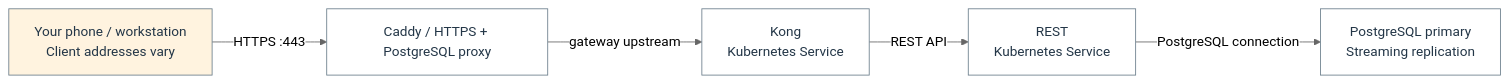
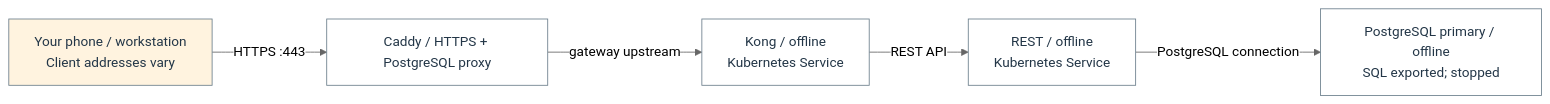
Diagram 13 of 22 in docs/architecture/homelab-mermaid.md (Harsh-2002/Homelab), drawn with Mermaid (neutral theme) before and after one commit. The commit also changed other lines of this file and 77 other files, not shown here.

````diff
--- a/docs/architecture/homelab-mermaid.md
+++ b/docs/architecture/homelab-mermaid.md
@@ -467,16 +473,16 @@
 ```mermaid
 flowchart LR
   n_flow_14_0["Your phone / workstation<br/>Client addresses vary"]
   n_flow_14_1["Caddy / HTTPS + PostgreSQL proxy"]
-  n_flow_14_2["Kong<br/>Kubernetes Service"]
-  n_flow_14_3["REST<br/>Kubernetes Service"]
-  n_flow_14_4["PostgreSQL primary<br/>Streaming replication"]
+  n_flow_14_2["Kong / offline<br/>Kubernetes Service"]
+  n_flow_14_3["REST / offline<br/>Kubernetes Service"]
+  n_flow_14_4["PostgreSQL primary / offline<br/>SQL exported; stopped"]
   n_flow_14_0 -->|"HTTPS :443"| n_flow_14_1
   n_flow_14_1 -->|"gateway upstream"| n_flow_14_2
   n_flow_14_2 -->|"REST API"| n_flow_14_3
   n_flow_14_3 -->|"PostgreSQL connection"| n_flow_14_4
   classDef c_flow_14_0 fill:#fff3df,stroke:#6c7f8c,color:#233647;
   class n_flow_14_0 c_flow_14_0;
   classDef c_flow_14_1 fill:#ffffff,stroke:#6c7f8c,color:#233647;
   class n_flow_14_1,n_flow_14_2,n_flow_14_3,n_flow_14_4 c_flow_14_1;
 ```
````
